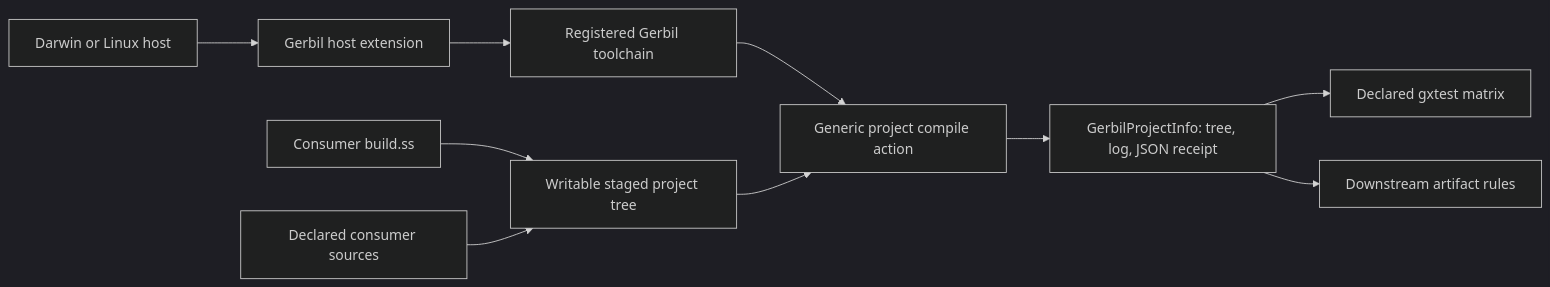
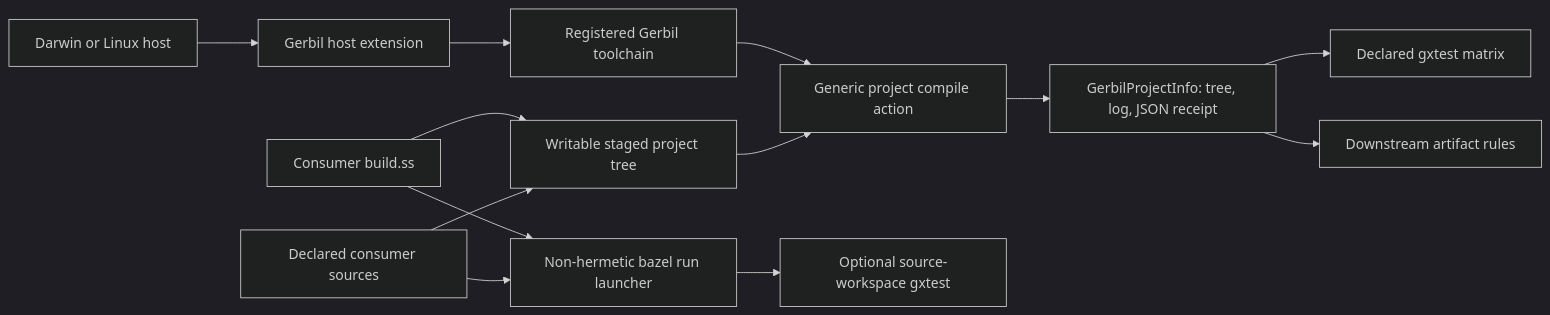
One commit to tao3k/gerbil-bazel changed the diagram in docs/rfc/0001-public-api.org. Above: the diagram before and after it, drawn with Mermaid (dark theme). The commit also changed other lines of this file and 13 other files, not shown here.

```diff
--- a/docs/rfc/0001-public-api.org
+++ b/docs/rfc/0001-public-api.org
@@ -13,12 +13,15 @@
 #+begin_src mermaid
 flowchart LR
   Host[Darwin or Linux host] --> Discovery[Gerbil host extension]
   Discovery --> Toolchain[Registered Gerbil toolchain]
   BuildSS[Consumer build.ss] --> Stage[Writable staged project tree]
   Sources[Declared consumer sources] --> Stage
   Toolchain --> Compile[Generic project compile action]
   Stage --> Compile
+  BuildSS --> Dev[Non-hermetic bazel run launcher]
+  Sources --> Dev
+  Dev --> DevTests[Optional source-workspace gxtest]
   Compile --> Project[GerbilProjectInfo: tree, log, JSON receipt]
   Project --> Tests[Declared gxtest matrix]
   Project --> Consumers[Downstream artifact rules]
 #+end_src
```
